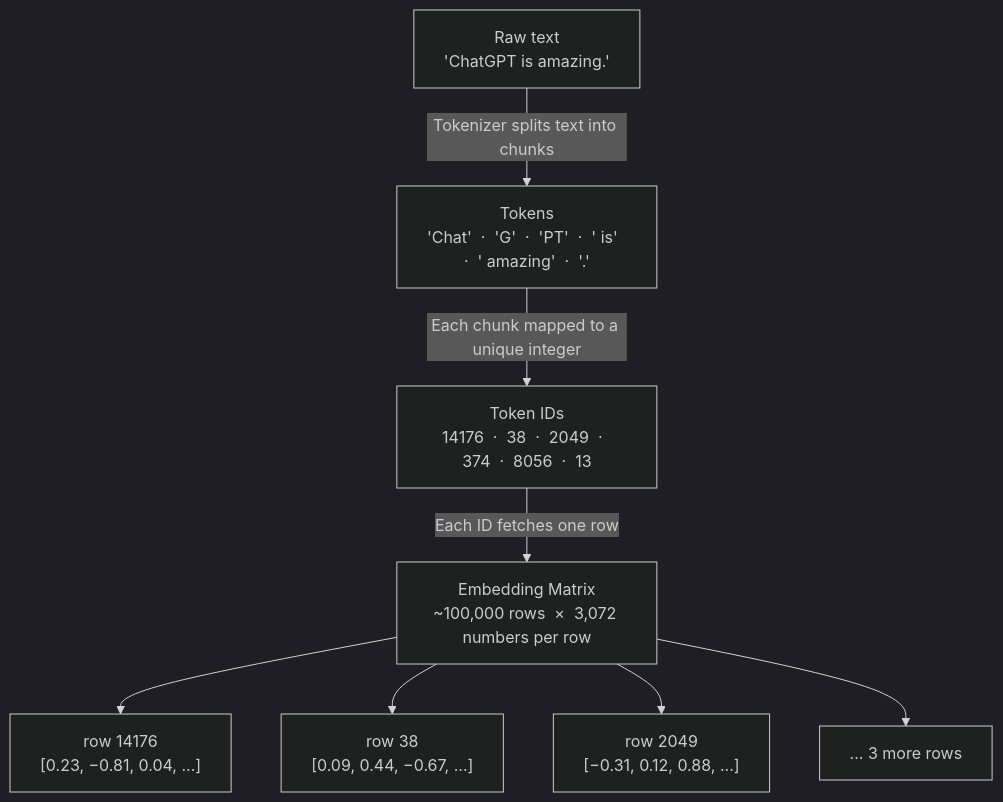
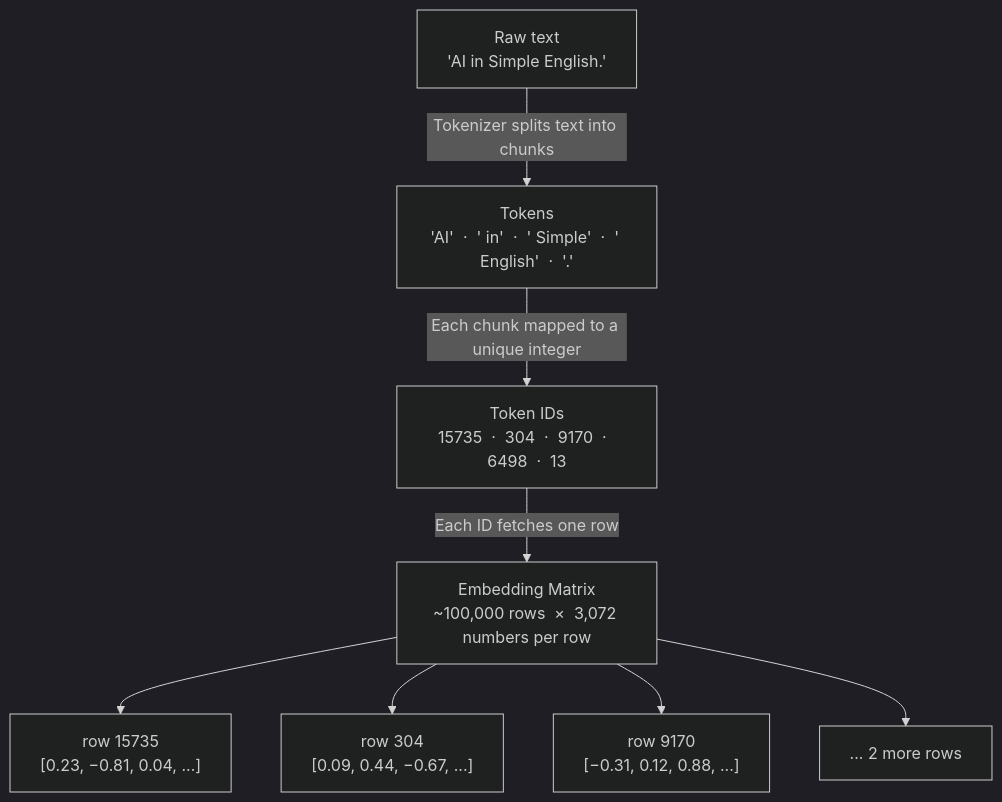
Before and after one commit to umberH/umberH.github.io: the diagram in _posts/2026-07-06-01-tokens.markdown, drawn with Mermaid (dark theme). The commit also changed other lines of this file and 2 other files, not shown here.

Commit message:
Add post: 01-tokens

````diff
--- a/_posts/2026-07-06-01-tokens.markdown
+++ b/_posts/2026-07-06-01-tokens.markdown
@@ -97,19 +69,19 @@
 ```mermaid
 flowchart TD
-    A["Raw text\n'ChatGPT is amazing.'"]
-    B["Tokens\n'Chat'  ·  'G'  ·  'PT'  ·  ' is'  ·  ' amazing'  ·  '.'"]
-    C["Token IDs\n14176  ·  38  ·  2049  ·  374  ·  8056  ·  13"]
+    A["Raw text\n'AI in Simple English.'"]
+    B["Tokens\n'AI'  ·  ' in'  ·  ' Simple'  ·  ' English'  ·  '.'"]
+    C["Token IDs\n15735  ·  304  ·  9170  ·  6498  ·  13"]
     D["Embedding Matrix\n~100,000 rows  ×  3,072 numbers per row"]
-    E1["row 14176\n[0.23, −0.81, 0.04, ...]"]
-    E2["row 38\n[0.09, 0.44, −0.67, ...]"]
-    E3["row 2049\n[−0.31, 0.12, 0.88, ...]"]
-    EN["... 3 more rows"]
+    E1["row 15735\n[0.23, −0.81, 0.04, ...]"]
+    E2["row 304\n[0.09, 0.44, −0.67, ...]"]
+    E3["row 9170\n[−0.31, 0.12, 0.88, ...]"]
+    EN["... 2 more rows"]
 
     A -->|"Tokenizer splits text into chunks"| B
     B -->|"Each chunk mapped to a unique integer"| C
     C -->|"Each ID fetches one row"| D
     D --> E1
     D --> E2
     D --> E3
     D --> EN
 ```
````
